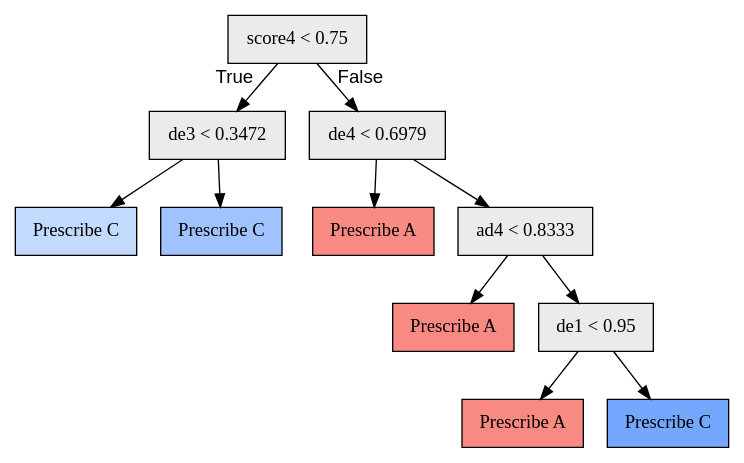
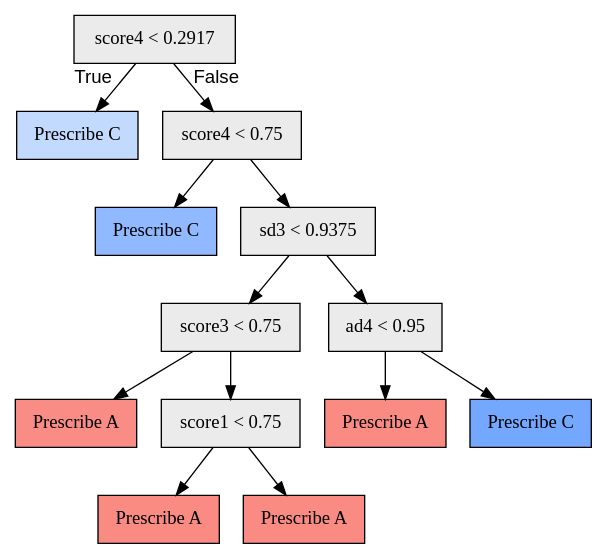
One commit to galitLukin/PersonalizedLearning changed the diagram in python/model/4/cc/pytree.dot. Above: the diagram before and after it, drawn with Graphviz. The commit also changed 80 other files, not shown here.

```diff
--- a/python/model/4/cc/pytree.dot
+++ b/python/model/4/cc/pytree.dot
@@ -1,23 +1,27 @@
 digraph "G" {
-1 [fillcolor="#EBEBEB", fontname="bold arial", label="score4 &lt; 0.75", shape=box, style="filled"];
-2 [fillcolor="#EBEBEB", fontname="bold arial", label="de3 &lt; 0.3472", shape=box, style="filled"];
-3 [color=black, fillcolor="#619CFF60", fontname="bold arial", label="Prescribe C", shape=box, style="filled"];
-4 [color=black, fillcolor="#619CFF99", fontname="bold arial", label="Prescribe C", shape=box, style="filled"];
-5 [fillcolor="#EBEBEB", fontname="bold arial", label="de4 &lt; 0.6979", shape=box, style="filled"];
-6 [color=black, fillcolor="#F8766Dd8", fontname="bold arial", label="Prescribe A", shape=box, style="filled"];
-7 [fillcolor="#EBEBEB", fontname="bold arial", label="ad4 &lt; 0.8333", shape=box, style="filled"];
-8 [color=black, fillcolor="#F8766Dd9", fontname="bold arial", label="Prescribe A", shape=box, style="filled"];
-9 [fillcolor="#EBEBEB", fontname="bold arial", label="de1 &lt; 0.95", shape=box, style="filled"];
-10 [color=black, fillcolor="#F8766Dd9", fontname="bold arial", label="Prescribe A", shape=box, style="filled"];
-11 [color=black, fillcolor="#619CFFdf", fontname="bold arial", label="Prescribe C", shape=box, style="filled"];
+1 [fillcolor="#EBEBEB", fontname="bold arial", label="score4 &lt; 0.2917", shape=box, style="filled"];
+2 [color=black, fillcolor="#619CFF60", fontname="bold arial", label="Prescribe C", shape=box, style="filled"];
+3 [fillcolor="#EBEBEB", fontname="bold arial", label="score4 &lt; 0.75", shape=box, style="filled"];
+4 [color=black, fillcolor="#619CFFb3", fontname="bold arial", label="Prescribe C", shape=box, style="filled"];
+5 [fillcolor="#EBEBEB", fontname="bold arial", label="sd3 &lt; 0.9375", shape=box, style="filled"];
+6 [fillcolor="#EBEBEB", fontname="bold arial", label="score3 &lt; 0.75", shape=box, style="filled"];
+7 [color=black, fillcolor="#F8766Dd4", fontname="bold arial", label="Prescribe A", shape=box, style="filled"];
+8 [fillcolor="#EBEBEB", fontname="bold arial", label="score1 &lt; 0.75", shape=box, style="filled"];
+9 [color=black, fillcolor="#F8766Dd7", fontname="bold arial", label="Prescribe A", shape=box, style="filled"];
+10 [color=black, fillcolor="#F8766Dd7", fontname="bold arial", label="Prescribe A", shape=box, style="filled"];
+11 [fillcolor="#EBEBEB", fontname="bold arial", label="ad4 &lt; 0.95", shape=box, style="filled"];
+12 [color=black, fillcolor="#F8766Dd7", fontname="bold arial", label="Prescribe A", shape=box, style="filled"];
+13 [color=black, fillcolor="#619CFFdf", fontname="bold arial", label="Prescribe C", shape=box, style="filled"];
 1 -> 2  [fontname="arial", headlabel="True", key=0, labelangle=45, labeldistance="2.5"];
-1 -> 5  [fontname="arial", headlabel="False", key=0, labelangle="-45", labeldistance="2.5"];
-2 -> 3  [key=0];
-2 -> 4  [key=0];
+1 -> 3  [fontname="arial", headlabel="False", key=0, labelangle="-45", labeldistance="2.5"];
+3 -> 4  [key=0];
+3 -> 5  [key=0];
 5 -> 6  [key=0];
-5 -> 7  [key=0];
-7 -> 8  [key=0];
-7 -> 9  [key=0];
-9 -> 10  [key=0];
-9 -> 11  [key=0];
+5 -> 11  [key=0];
+6 -> 7  [key=0];
+6 -> 8  [key=0];
+8 -> 9  [key=0];
+8 -> 10  [key=0];
+11 -> 12  [key=0];
+11 -> 13  [key=0];
 }
```
